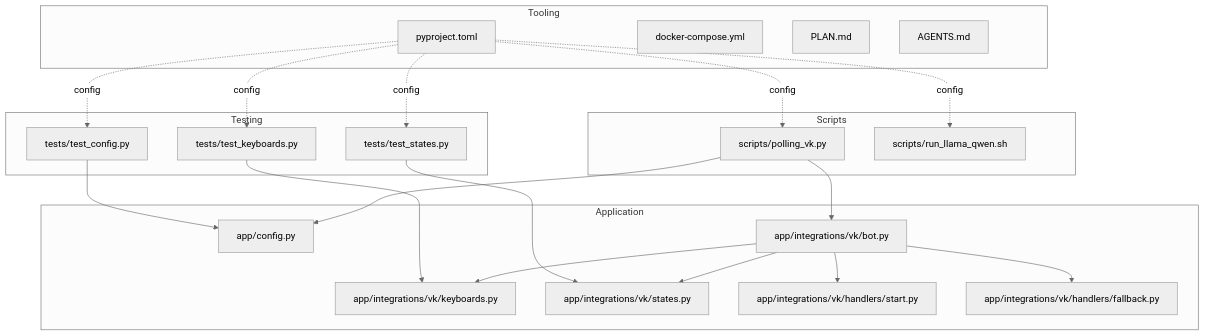
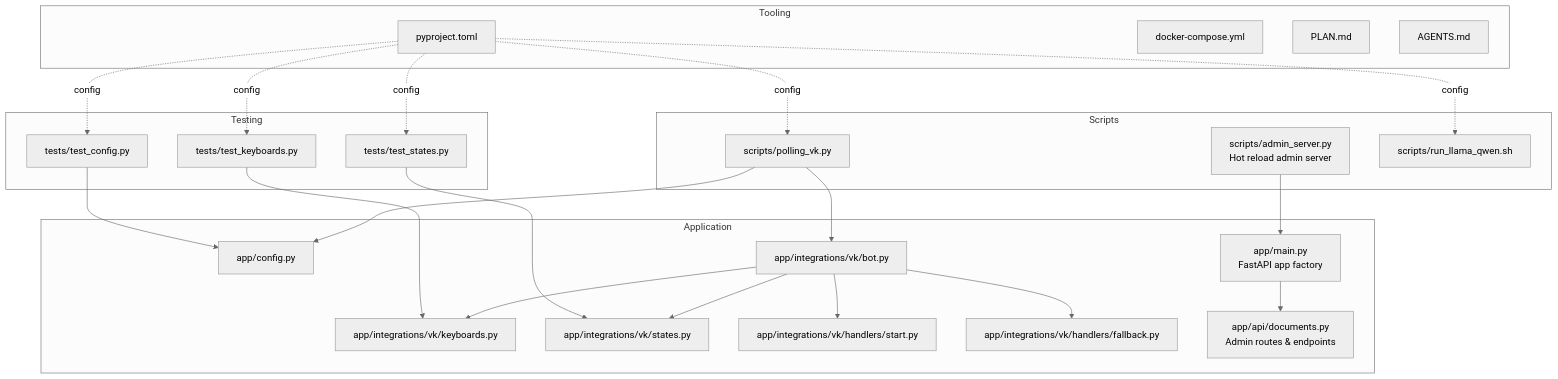
Before and after one commit to ognelis/cafetera_hr_bot: the first of 5 diagrams in .qoder/repowiki/en/content/Development Workflow/Development Workflow.md, drawn with Mermaid (neutral theme). The commit also changed other lines of this file and 5 other files, not shown here.

````diff
--- a/.qoder/repowiki/en/content/Development Workflow/Development Workflow.md
+++ b/.qoder/repowiki/en/content/Development Workflow/Development Workflow.md
@@ -49,40 +64,45 @@
 ```mermaid
 graph TB
 subgraph "Application"
 CFG["app/config.py"]
+MAIN["app/main.py<br/>FastAPI app factory"]
 VKBOT["app/integrations/vk/bot.py"]
 VKKEY["app/integrations/vk/keyboards.py"]
 VKSTAT["app/integrations/vk/states.py"]
 VKSTART["app/integrations/vk/handlers/start.py"]
 VKFB["app/integrations/vk/handlers/fallback.py"]
+DOCSAPI["app/api/documents.py<br/>Admin routes & endpoints"]
 end
 subgraph "Scripts"
+ADMINSRV["scripts/admin_server.py<br/>Hot reload admin server"]
 POLL["scripts/polling_vk.py"]
 LLM["scripts/run_llama_qwen.sh"]
 end
 subgraph "Testing"
 TCFG["tests/test_config.py"]
 TKEY["tests/test_keyboards.py"]
 TSTAT["tests/test_states.py"]
 end
 subgraph "Tooling"
 PYTOML["pyproject.toml"]
 DCMP["docker-compose.yml"]
 PLAN["PLAN.md"]
 AG["AGENTS.md"]
 end
+ADMINSRV --> MAIN
+MAIN --> DOCSAPI
 POLL --> CFG
 POLL --> VKBOT
 VKBOT --> VKSTART
 VKBOT --> VKFB
 VKBOT --> VKKEY
 VKBOT --> VKSTAT
 TCFG --> CFG
 TKEY --> VKKEY
 TSTAT --> VKSTAT
 PYTOML -. config .-> TCFG
 PYTOML -. config .-> TKEY
 PYTOML -. config .-> TSTAT
 PYTOML -. config .-> POLL
 PYTOML -. config .-> LLM
 ```
````
